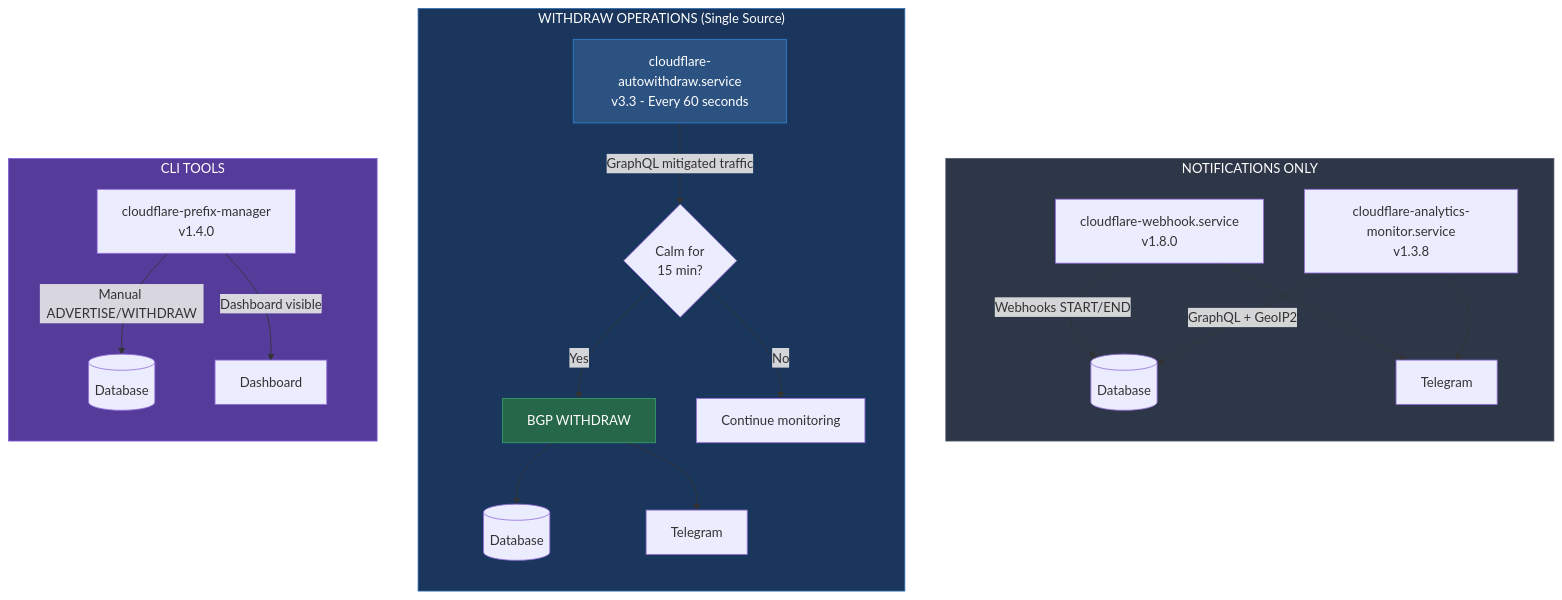
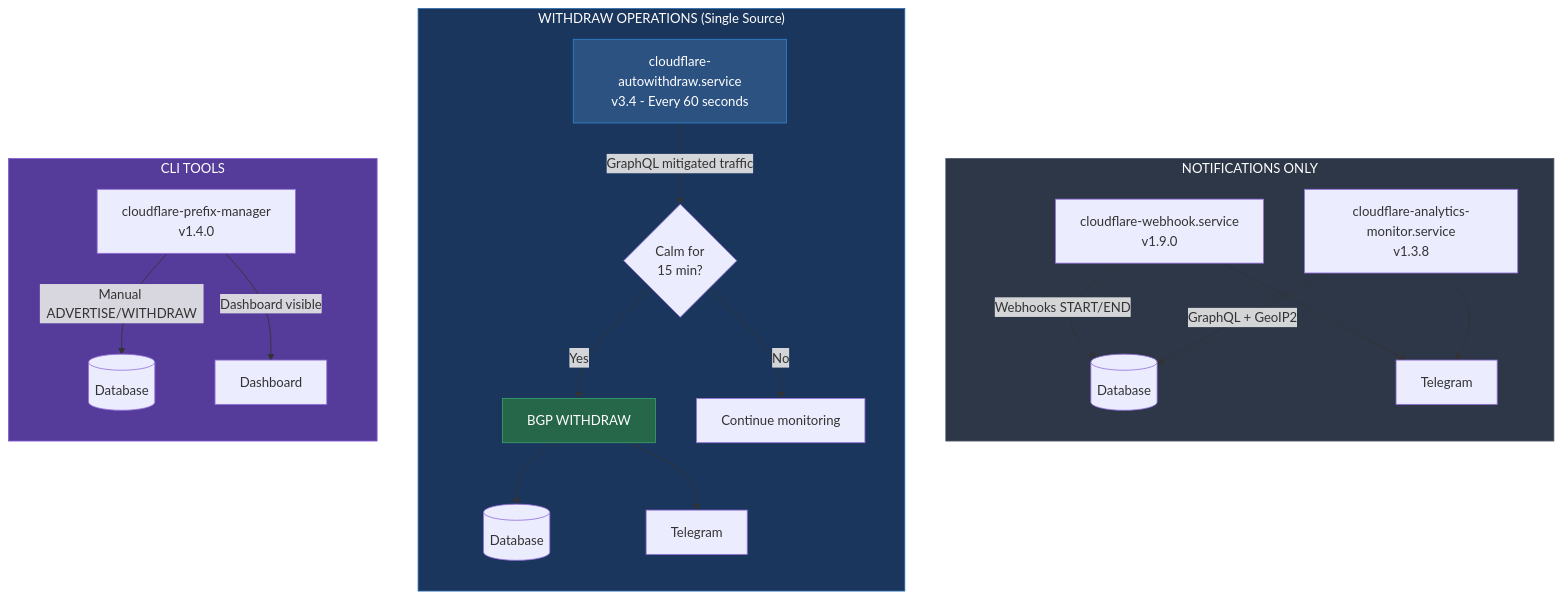
One commit to paolokappa/Cloudflare_Magic_Transit_API_Automations_Monitoring changed the first of 3 diagrams in README.md. Above: the diagram before and after it, drawn with Mermaid. The commit also changed other lines of this file, not shown here.

````diff
--- a/README.md
+++ b/README.md
@@ -247,37 +247,37 @@
 ```mermaid
 flowchart TB
     subgraph NOTIFY["NOTIFICATIONS ONLY"]
         direction TB
-        WH["cloudflare-webhook.service<br/>v1.8.0"]
+        WH["cloudflare-webhook.service<br/>v1.9.0"]
         AN["cloudflare-analytics-monitor.service<br/>v1.3.8"]
 
         WH --> |"Webhooks START/END"| DB1[(Database)]
         WH --> TG1[Telegram]
         AN --> |"GraphQL + GeoIP2"| DB1
         AN --> TG1
     end
 
     subgraph WITHDRAW["WITHDRAW OPERATIONS (Single Source)"]
         direction TB
-        AUTO["cloudflare-autowithdraw.service<br/>v3.3 - Every 60 seconds"]
+        AUTO["cloudflare-autowithdraw.service<br/>v3.4 - Every 60 seconds"]
 
         AUTO --> |"GraphQL mitigated traffic"| CHECK{Calm for<br/>15 min?}
         CHECK -->|Yes| BGP["BGP WITHDRAW"]
         CHECK -->|No| WAIT["Continue monitoring"]
         BGP --> DB2[(Database)]
         BGP --> TG2[Telegram]
     end
 
     subgraph CLI["CLI TOOLS"]
         direction TB
         PM["cloudflare-prefix-manager<br/>v1.4.0"]
         PM --> |"Manual ADVERTISE/WITHDRAW"| DB3[(Database)]
         PM --> |"Dashboard visible"| DASH[Dashboard]
     end
 
     style NOTIFY fill:#2d3748,stroke:#4a5568,color:#fff
     style WITHDRAW fill:#1a365d,stroke:#2b6cb0,color:#fff
     style CLI fill:#553c9a,stroke:#805ad5,color:#fff
     style AUTO fill:#2c5282,stroke:#3182ce,color:#fff
     style BGP fill:#276749,stroke:#38a169,color:#fff
 ```
````
